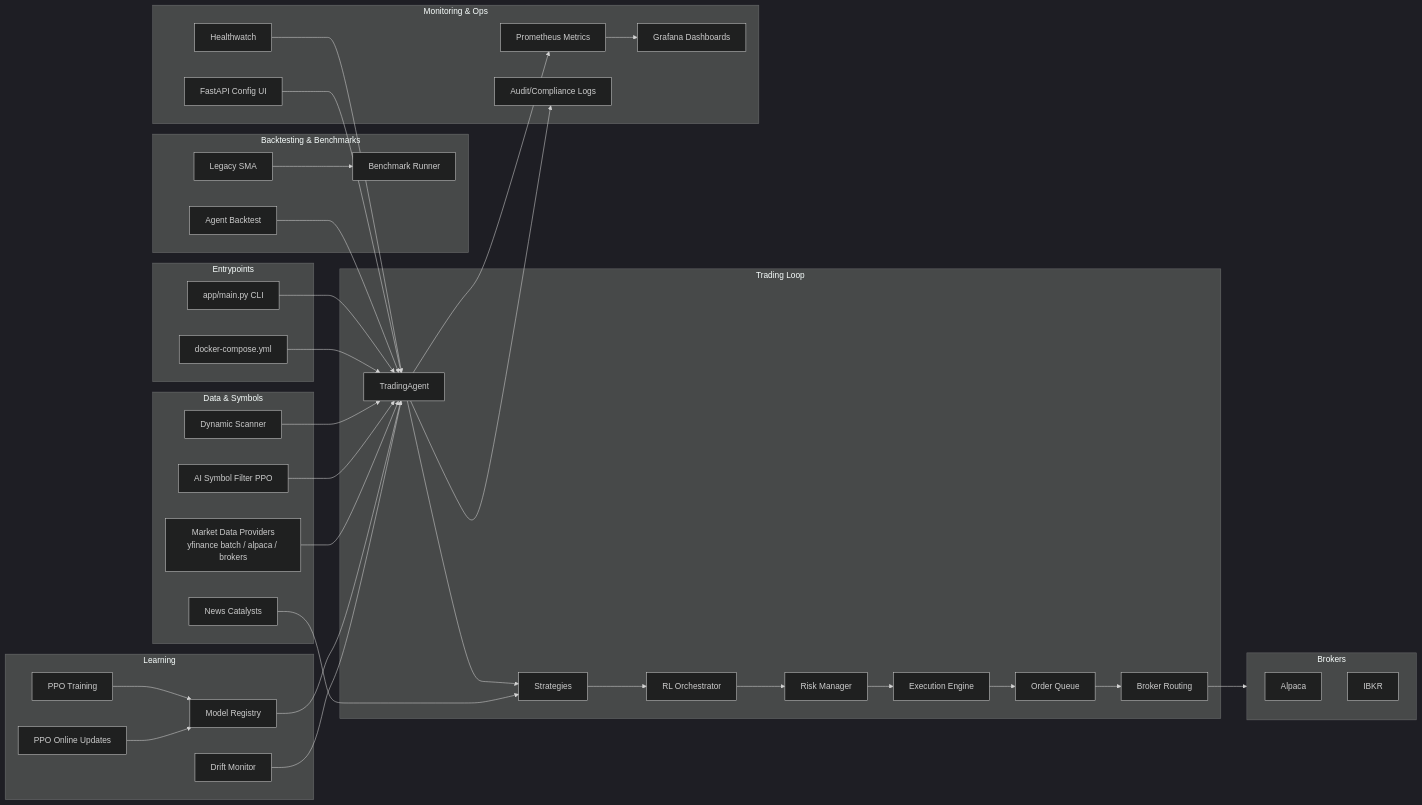
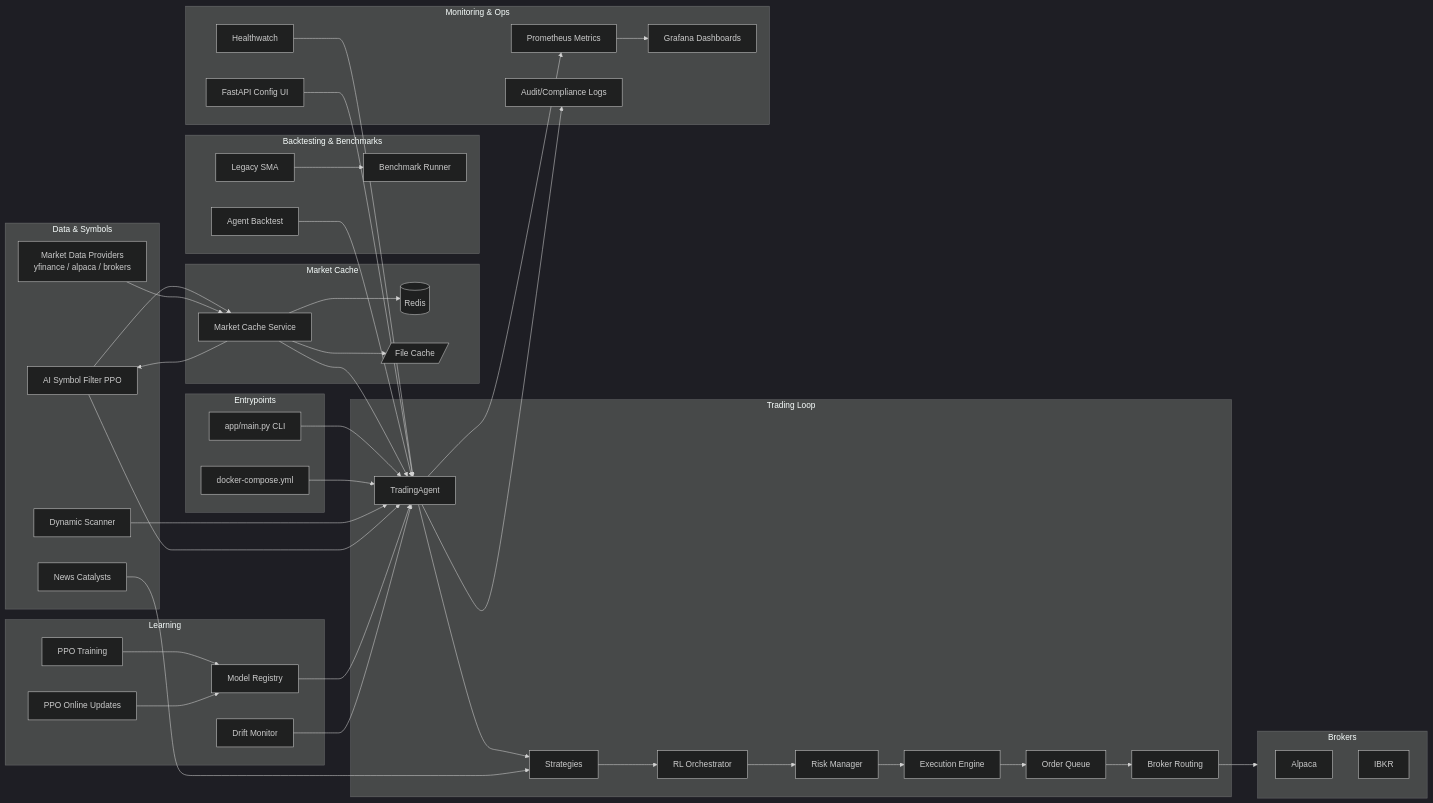
One commit to ilfrick/Fricktrade changed the diagram in docs/system_map.md. Above: the diagram before and after it, drawn with Mermaid (dark theme). The commit also changed other lines of this file and 9 other files, not shown here.

Commit message:
Align docs and diagrams with market cache architecture

````diff
--- a/docs/system_map.md
+++ b/docs/system_map.md
@@ -8,61 +8,71 @@
 ```mermaid
 flowchart LR
     subgraph Entry[Entrypoints]
         CLI[app/main.py CLI]
         Compose[docker-compose.yml]
     end
     subgraph Core[Trading Loop]
         Trader[TradingAgent]
         Strategies[Strategies]
         Orchestrator[RL Orchestrator]
         Risk[Risk Manager]
         Exec[Execution Engine]
         Queue[Order Queue]
         Routing[Broker Routing]
     end
     subgraph Data[Data & Symbols]
         Scanner[Dynamic Scanner]
         AIFilter[AI Symbol Filter PPO]
         News[News Catalysts]
-        MarketData[Market Data Providers<br/>yfinance batch / alpaca / brokers]
+        MarketData[Market Data Providers<br/>yfinance / alpaca / brokers]
+    end
+    subgraph Cache[Market Cache]
+        MarketCache[Market Cache Service]
+        Redis[(Redis)]
+        FileCache[/File Cache/]
     end
     subgraph Learning[Learning]
         RLTrain[PPO Training]
         RLOnline[PPO Online Updates]
         Registry[Model Registry]
         Drift[Drift Monitor]
     end
     subgraph Backtest[Backtesting & Benchmarks]
         AgentBT[Agent Backtest]
         LegacyBT[Legacy SMA]
         Bench[Benchmark Runner]
     end
     subgraph Observability[Monitoring & Ops]
         Metrics[Prometheus Metrics]
         Grafana[Grafana Dashboards]
         Healthwatch[Healthwatch]
         Audit[Audit/Compliance Logs]
         API[FastAPI Config UI]
     end
     subgraph Brokers[Brokers]
         Alpaca[Alpaca]
         IBKR[IBKR]
     end
 
     CLI --> Trader
     Compose --> Trader
     Trader --> Strategies --> Orchestrator --> Risk --> Exec --> Queue --> Routing --> Brokers
     Scanner --> Trader
     AIFilter --> Trader
+    AIFilter --> MarketCache
     News --> Strategies
-    MarketData --> Trader
+    MarketData --> MarketCache
+    MarketCache --> Trader
+    MarketCache --> AIFilter
+    MarketCache --> Redis
+    MarketCache --> FileCache
     RLTrain --> Registry --> Trader
     RLOnline --> Registry
     Drift --> Trader
     Trader --> Metrics --> Grafana
     Healthwatch --> Trader
     Trader --> Audit
     API --> Trader
     AgentBT --> Trader
     LegacyBT --> Bench
 ```
````
